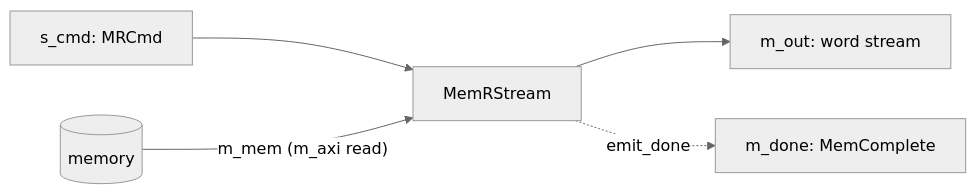
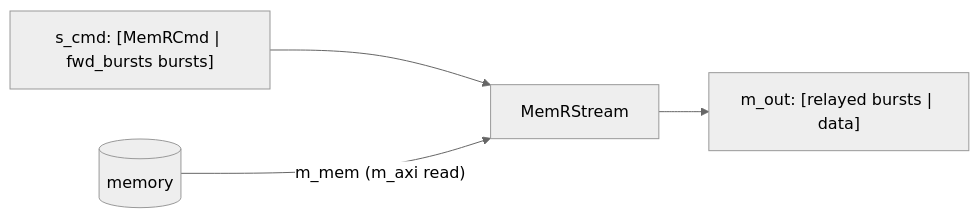
Before and after one commit to sdrangan/waveflow: the first of 2 diagrams in docs/guide/interface/axi_mm/master.md, drawn with Mermaid (neutral theme). The commit also changed other lines of this file and 54 other files, not shown here.

````diff
--- a/docs/guide/interface/axi_mm/master.md
+++ b/docs/guide/interface/axi_mm/master.md
@@ -32,7 +59,6 @@
 ```mermaid
 flowchart LR
-    cmd["s_cmd: MRCmd"] --> R["MemRStream"]
+    cmd["s_cmd: [MemRCmd | fwd_bursts bursts]"] --> R["MemRStream"]
     mem[("memory")] -->|"m_mem (m_axi read)"| R
-    R --> out["m_out: word stream"]
-    R -. "emit_done" .-> done["m_done: MemComplete"]
+    R --> out["m_out: [relayed bursts | data]"]
 ```
````
